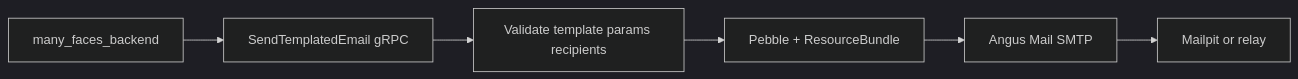
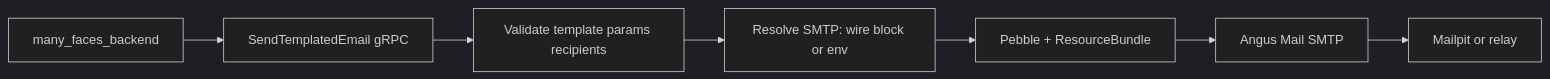
One commit to 01laky/many_faces_mailer changed the diagram in README.md. Above: the diagram before and after it, drawn with Mermaid (dark theme). The commit also changed other lines of this file and 6 other files, not shown here.

````diff
--- a/README.md
+++ b/README.md
@@ -28,8 +28,9 @@
 ```mermaid
 flowchart LR
     be["many_faces_backend"] --> grpc["SendTemplatedEmail gRPC"]
     grpc --> val["Validate template params recipients"]
-    val --> peb["Pebble + ResourceBundle"]
+    val --> tr["Resolve SMTP: wire block or env"]
+    tr --> peb["Pebble + ResourceBundle"]
     peb --> smtp["Angus Mail SMTP"]
     smtp --> sink["Mailpit or relay"]
 ```
````
